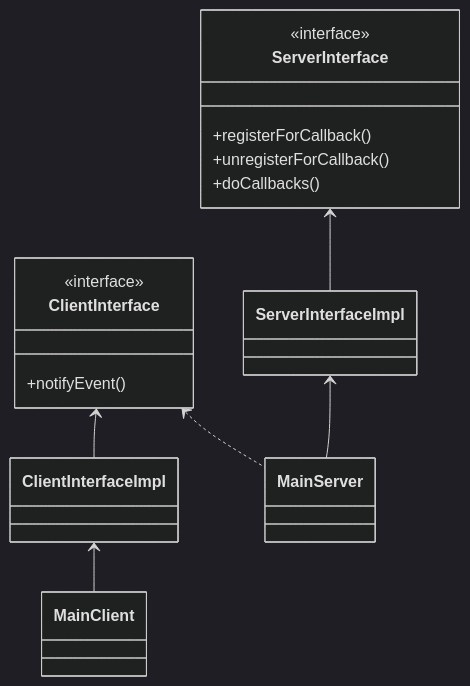
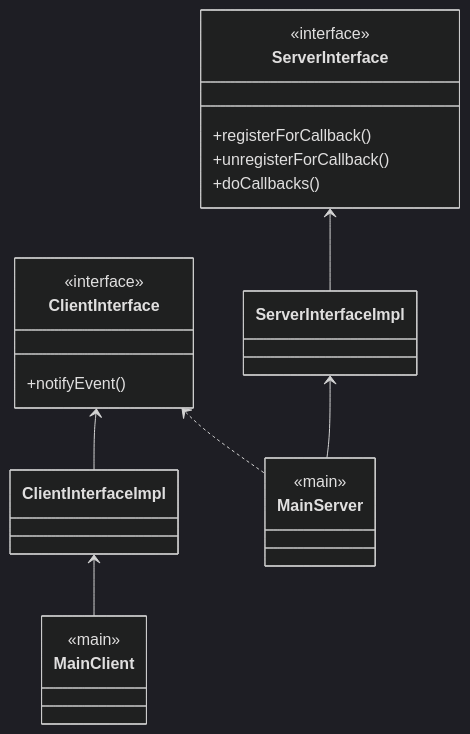
Before and after one commit to Wander29/UNI-notes: the diagram in RETI/RMI CALLBACKS.md, drawn with Mermaid (dark theme). The commit also changed 7 other files, not shown here.

````diff
--- a/RETI/RMI CALLBACKS.md
+++ b/RETI/RMI CALLBACKS.md
@@ -15,32 +15,36 @@
 ```mermaid
 classDiagram
 	class ClientInterface{
 		<<interface>>
 		+notifyEvent()
 	}
 	
 	class ServerInterface{
 		<<interface>>
 		+registerForCallback()
 		+unregisterForCallback()
 		+doCallbacks()
 	}
 	
 	
 	
 	class ServerInterfaceImpl{ }
 	
 	class ClientInterfaceImpl{ }
 	
-	class MainServer { }
+	class MainServer { 
+		<<main>>
+	}
 	
-	class MainClient { }
+	class MainClient { 
+		<<main>>
+	}
 	
 	ServerInterface<--ServerInterfaceImpl
 	ServerInterfaceImpl<--MainServer
 	ClientInterface<--ClientInterfaceImpl
 	ClientInterfaceImpl<--MainClient
 	
 	ClientInterface<..MainServer
 	
 ```
````
